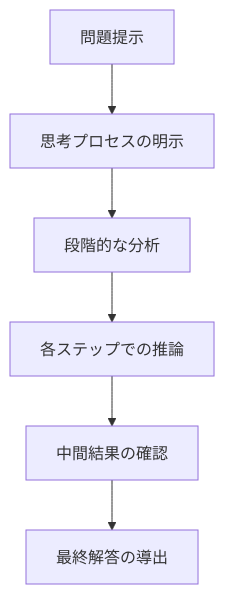
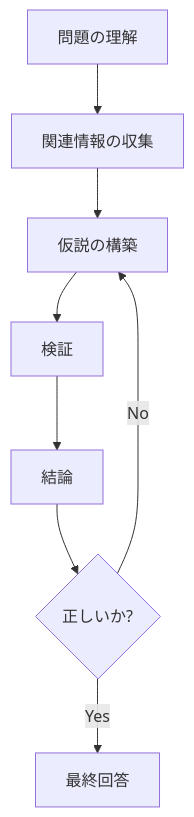
One commit to cyber-freaks-jp/AI_Driven_Development_Course changed the first of 2 diagrams in book/pages/チェーンオブソート（思考連鎖）の活用.md. Above: the diagram before and after it, drawn with Mermaid. The commit also changed other lines of this file and 3 other files, not shown here.

````diff
--- a/book/pages/チェーンオブソート（思考連鎖）の活用.md
+++ b/book/pages/チェーンオブソート（思考連鎖）の活用.md
@@ -36,8 +54,10 @@
 ```mermaid
 graph TD
-    A[問題提示] --> B[思考プロセスの明示]
-    B --> C[段階的な分析]
-    C --> D[各ステップでの推論]
-    D --> E[中間結果の確認]
-    E --> F[最終解答の導出]
+    A[問題の理解] --> B[関連情報の収集]
+    B --> C[仮説の構築]
+    C --> D[検証]
+    D --> E[結論]
+    E --> F{正しいか?}
+    F -->|No| C
+    F -->|Yes| G[最終回答]
 ```
````
